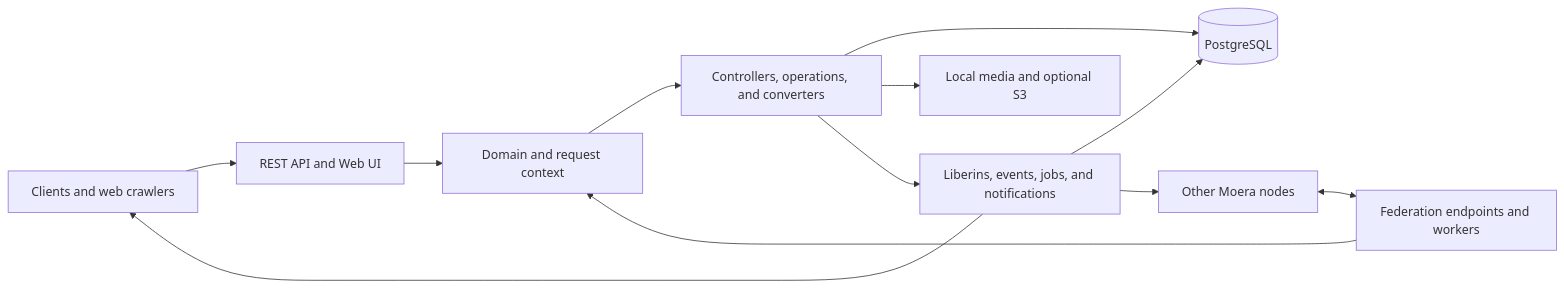
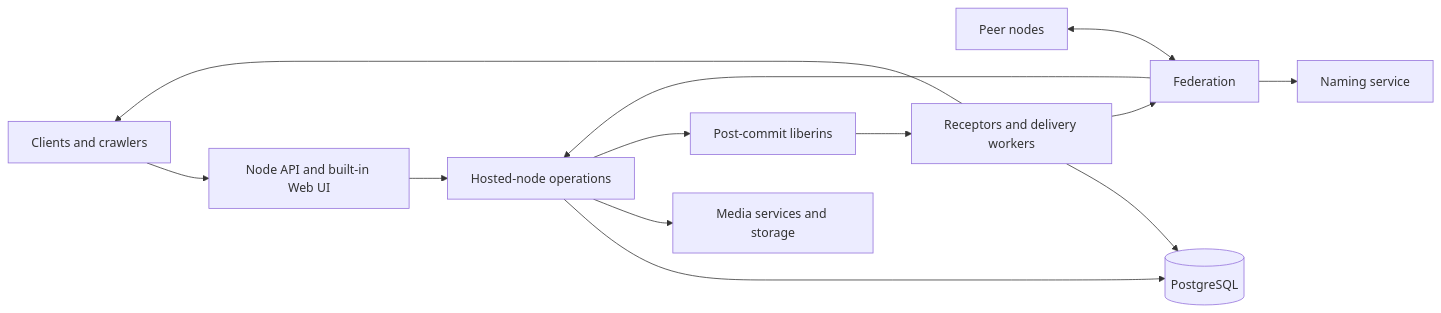
Before and after one commit to MoeraOrg/moera-node: the diagram in doc/architecture.md, drawn with Mermaid. The commit also changed other lines of this file and 18 other files, not shown here.

Commit message:
Rewrite the documentation with document-architecture skill.

````diff
--- a/doc/architecture.md
+++ b/doc/architecture.md
@@ -12,14 +12,15 @@
 ```mermaid
 flowchart LR
-    Clients[Clients and web crawlers] --> HTTP[REST API and Web UI]
-    Peers[Other Moera nodes] <--> Federation[Federation endpoints and workers]
-    HTTP --> Domain[Domain and request context]
-    Federation --> Domain
-    Domain --> Services[Controllers, operations, and converters]
-    Services --> DB[(PostgreSQL)]
-    Services --> Media[Local media and optional S3]
-    Services --> Signals[Liberins, events, jobs, and notifications]
-    Signals --> DB
-    Signals --> Peers
-    Signals --> Clients
+    Clients[Clients and crawlers] --> HTTP[Node API and built-in Web UI]
+    Peers[Peer nodes] <--> Federation[Federation]
+    HTTP --> Operations[Hosted-node operations]
+    Federation --> Operations
+    Operations --> DB[(PostgreSQL)]
+    Operations --> Media[Media services and storage]
+    Operations --> Liberins[Post-commit liberins]
+    Liberins --> Consumers[Receptors and delivery workers]
+    Consumers --> DB
+    Consumers --> Federation
+    Consumers --> Clients
+    Federation --> Naming[Naming service]
 ```
````
